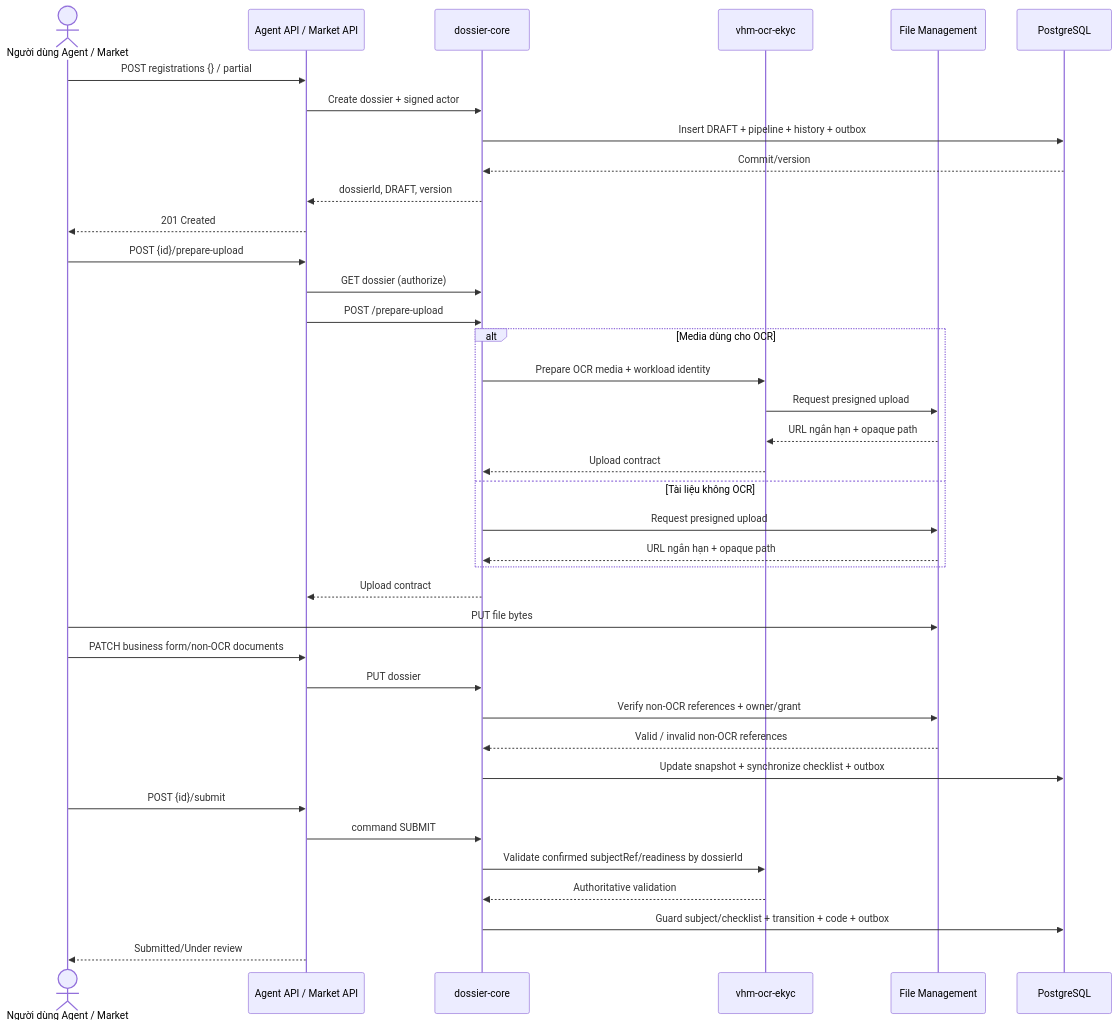
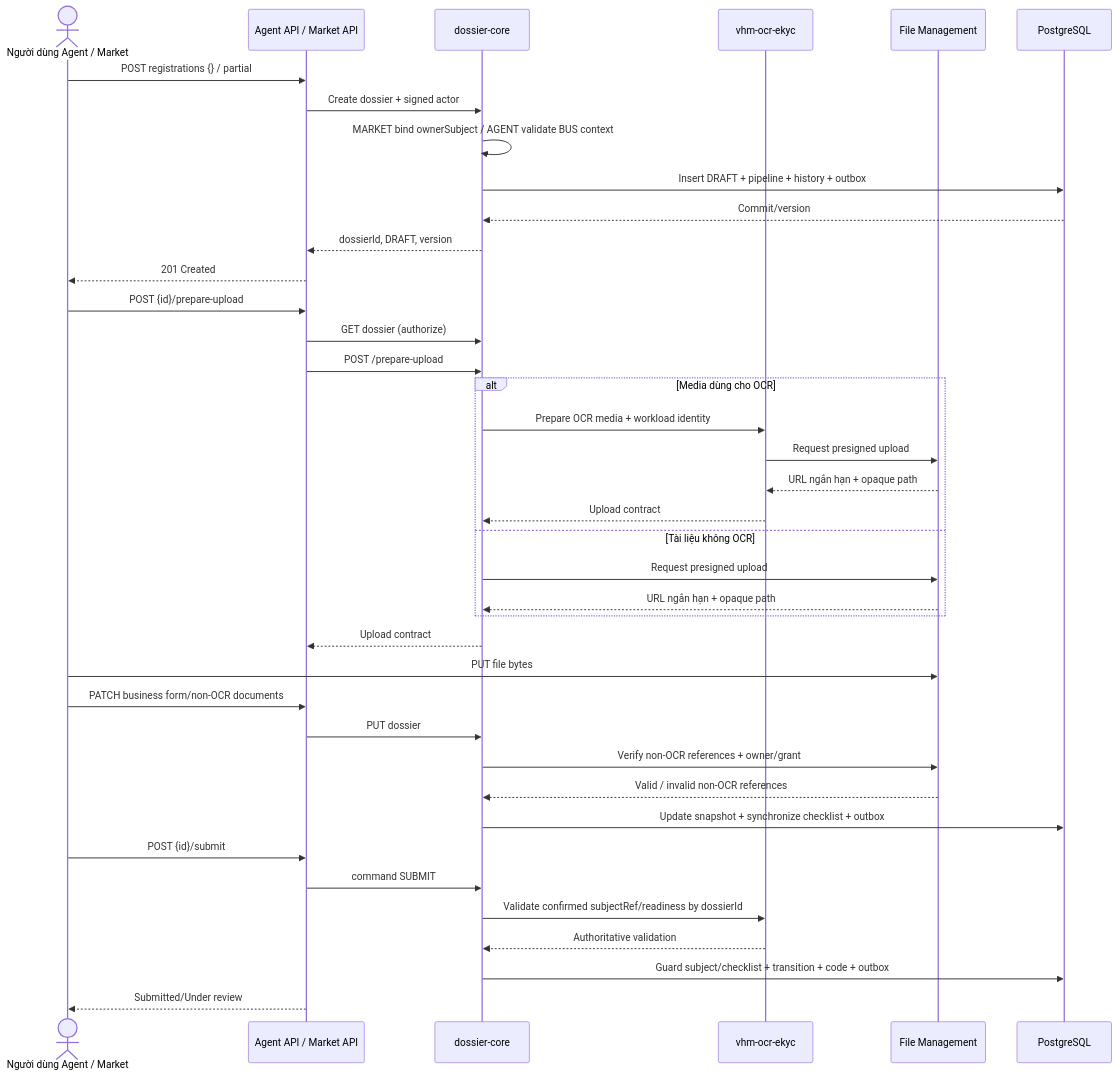
The fifth of 8 diagrams in tdd-dossier.md (huynv-xyz/vhm), drawn with Mermaid before and after one commit. The commit also changed other lines of this file, not shown here.

````diff
--- a/tdd-dossier.md
+++ b/tdd-dossier.md
@@ -635,41 +656,42 @@
 ```mermaid
 sequenceDiagram
     actor U as Người dùng Agent / Market
     participant A as Agent API / Market API
     participant C as dossier-core
     participant O as vhm-ocr-ekyc
     participant F as File Management
     participant D as PostgreSQL
 
     U->>A: POST registrations {} / partial
     A->>C: Create dossier + signed actor
+    C->>C: MARKET bind ownerSubject / AGENT validate BUS context
     C->>D: Insert DRAFT + pipeline + history + outbox
     D-->>C: Commit/version
     C-->>A: dossierId, DRAFT, version
     A-->>U: 201 Created
     U->>A: POST {id}/prepare-upload
     A->>C: GET dossier (authorize)
     A->>C: POST /prepare-upload
     alt Media dùng cho OCR
         C->>O: Prepare OCR media + workload identity
         O->>F: Request presigned upload
         F-->>O: URL ngắn hạn + opaque path
         O-->>C: Upload contract
     else Tài liệu không OCR
         C->>F: Request presigned upload
         F-->>C: URL ngắn hạn + opaque path
     end
     C-->>A: Upload contract
     U->>F: PUT file bytes
     U->>A: PATCH business form/non-OCR documents
     A->>C: PUT dossier
     C->>F: Verify non-OCR references + owner/grant
     F-->>C: Valid / invalid non-OCR references
     C->>D: Update snapshot + synchronize checklist + outbox
     U->>A: POST {id}/submit
     A->>C: command SUBMIT
     C->>O: Validate confirmed subjectRef/readiness by dossierId
     O-->>C: Authoritative validation
     C->>D: Guard subject/checklist + transition + code + outbox
     A-->>U: Submitted/Under review
 ```
````
